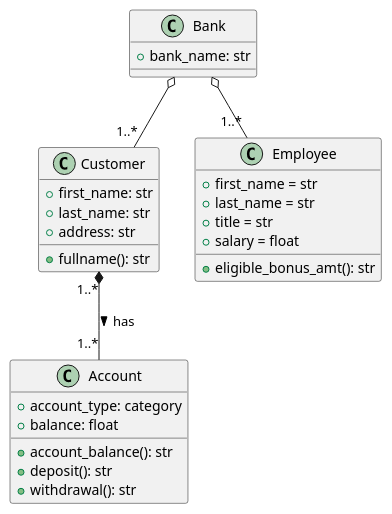
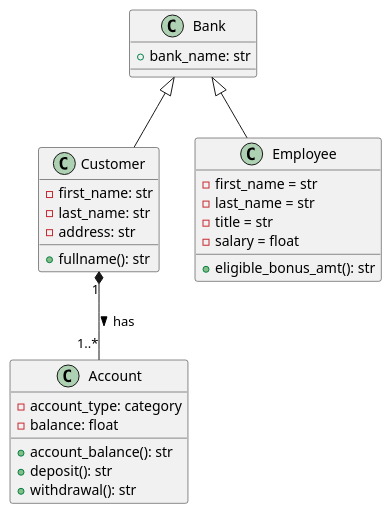
The diagram in uml_diagram.wsd (ArnaudAjamian/banking-system), drawn with PlantUML before and after one commit.

Commit message:
updated class associations and visibility

```diff
--- a/uml_diagram.wsd
+++ b/uml_diagram.wsd
@@ -1,35 +1,35 @@
 @startuml uml_diagram
 
 class Bank {
     +bank_name: str    
 }
 
 class Customer {
-    +first_name: str
-    +last_name: str
-    +address: str
+    -first_name: str
+    -last_name: str
+    -address: str
     +fullname(): str
 }
 
 class Account {
-    +account_type: category
-    +balance: float
+    -account_type: category
+    -balance: float
     +account_balance(): str
     +deposit(): str
     +withdrawal(): str
 }
 
 class Employee {
-    +first_name = str
-    +last_name = str
-    +title = str
-    +salary = float
+    -first_name = str
+    -last_name = str
+    -title = str
+    -salary = float
     +eligible_bonus_amt(): str
 }
 
 'Associations:'
-Bank o-- "1..*" Customer
-Bank o-- "1..*" Employee
-Customer "1..*" *-- "1..*" Account: has >
+Bank <|-- Customer
+Bank <|-- Employee
+Customer "1" *-- "1..*" Account: has >
 
 @enduml
```
